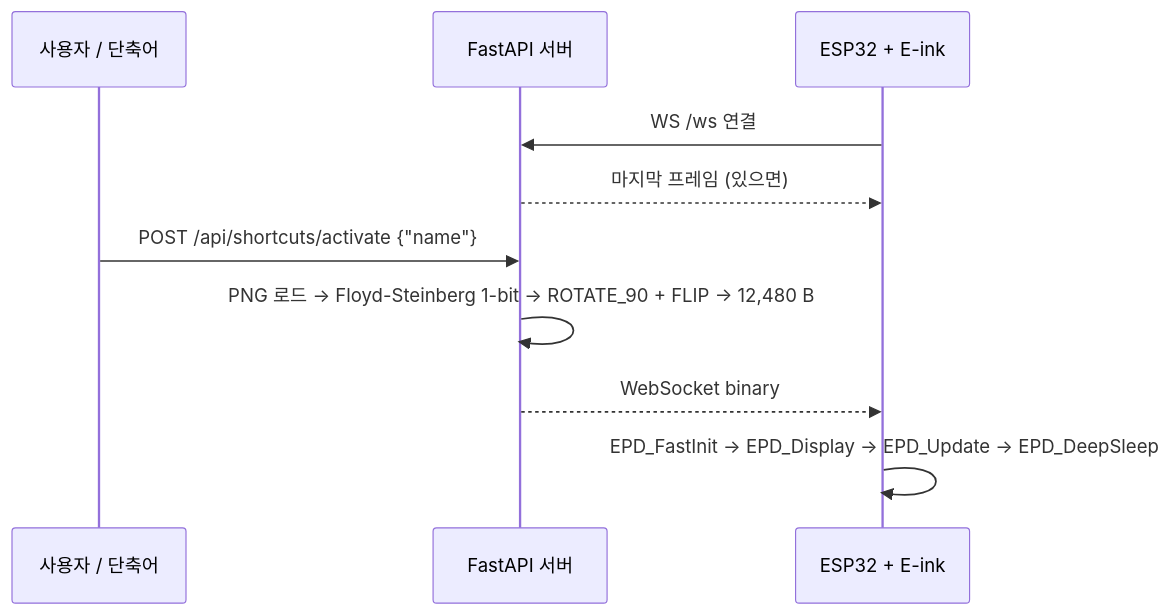
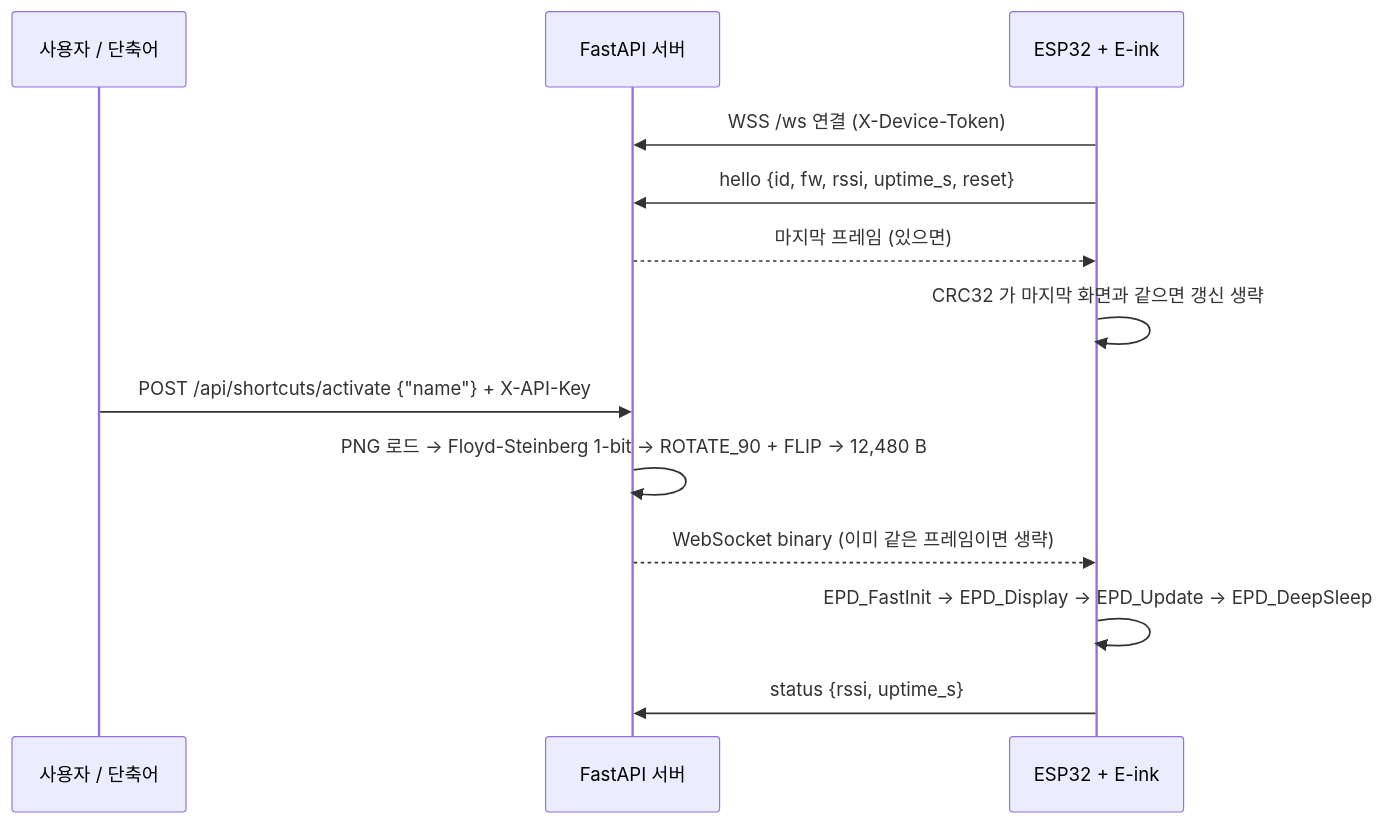
The second of 2 diagrams in README.md (Junja0419/eink-status-board), drawn with Mermaid before and after one commit. The commit also changed other lines of this file and 4 other files, not shown here.

````diff
--- a/README.md
+++ b/README.md
@@ -154,13 +375,16 @@
 ```mermaid
 sequenceDiagram
     participant U as 사용자 / 단축어
     participant S as FastAPI 서버
     participant E as ESP32 + E-ink
 
-    E->>S: WS /ws 연결
+    E->>S: WSS /ws 연결 (X-Device-Token)
+    E->>S: hello {id, fw, rssi, uptime_s, reset}
     S-->>E: 마지막 프레임 (있으면)
-    U->>S: POST /api/shortcuts/activate {"name"}
+    E->>E: CRC32 가 마지막 화면과 같으면 갱신 생략
+    U->>S: POST /api/shortcuts/activate {"name"} + X-API-Key
     S->>S: PNG 로드 → Floyd-Steinberg 1-bit → ROTATE_90 + FLIP → 12,480 B
-    S-->>E: WebSocket binary
+    S-->>E: WebSocket binary (이미 같은 프레임이면 생략)
     E->>E: EPD_FastInit → EPD_Display → EPD_Update → EPD_DeepSleep
+    E->>S: status {rssi, uptime_s}
 ```
````
